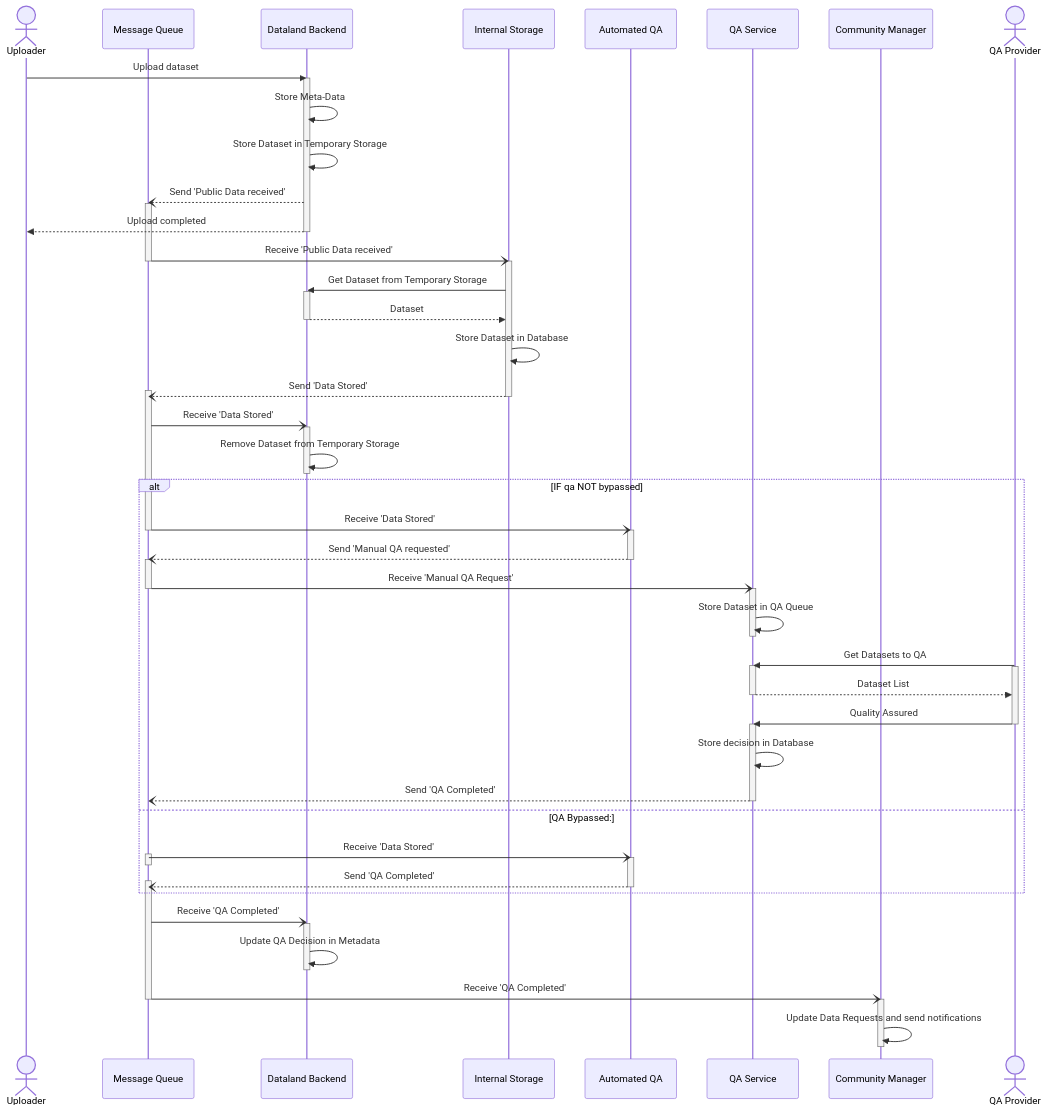
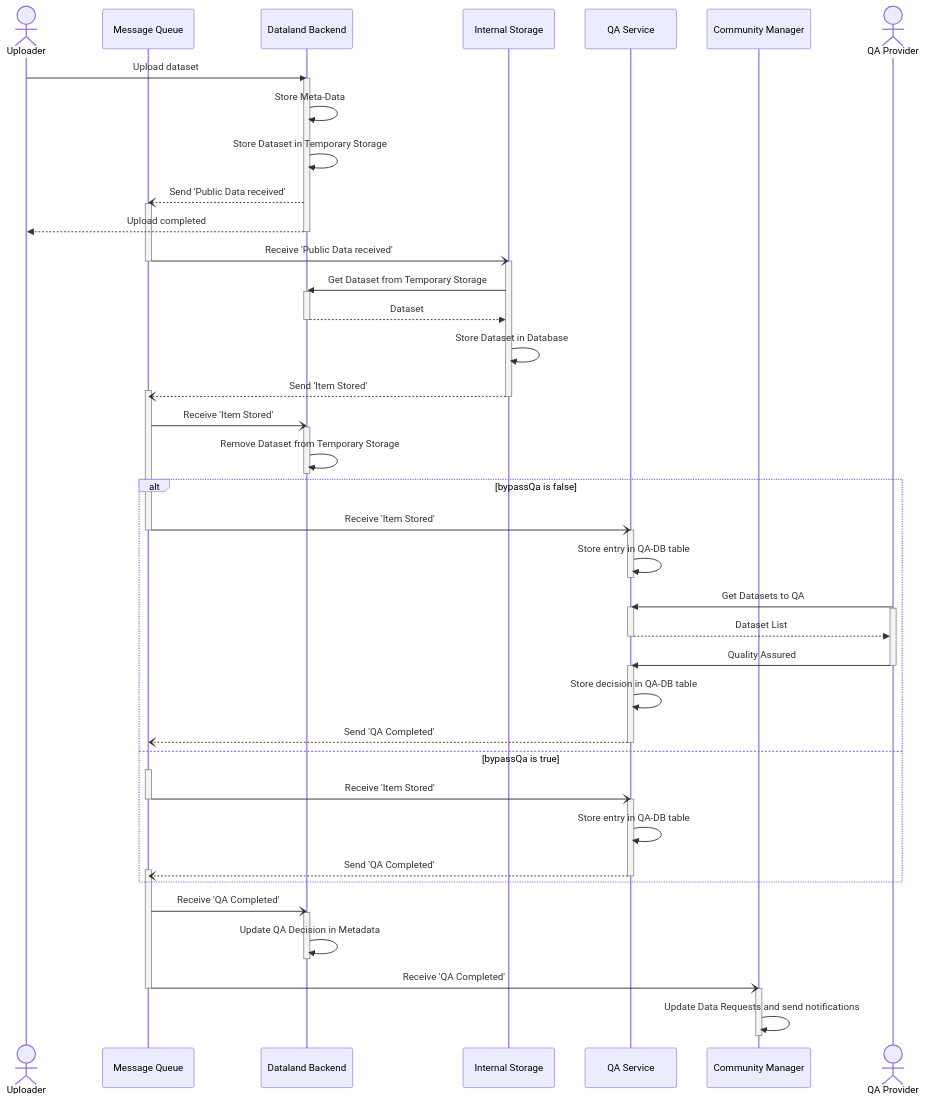
Before and after one commit to d-fine/Dataland: the diagram in documentation/processes/data_upload_and_qa_process.md, drawn with Mermaid. The commit also changed other lines of this file and 22 other files, not shown here.

````diff
--- a/documentation/processes/data_upload_and_qa_process.md
+++ b/documentation/processes/data_upload_and_qa_process.md
@@ -14,7 +14,6 @@
     participant mq as Message Queue
     participant backend as Dataland Backend
     participant storage as Internal Storage
-    participant autoQa as Automated QA
     participant qaService as QA Service
     participant community as Community Manager
     actor qaler as QA Provider
@@ -34,26 +33,19 @@
     backend -->> storage: Dataset
     deactivate backend
     storage ->> storage: Store Dataset in Database
-    storage --) mq: Send 'Data Stored'
+    storage --) mq: Send 'Item Stored'
     activate mq
     deactivate storage
 
-    mq -) backend: Receive 'Data Stored'
+    mq -) backend: Receive 'Item Stored'
     activate backend
     backend ->> backend: Remove Dataset from Temporary Storage
     deactivate backend
-    alt IF qa NOT bypassed
-        mq -) autoQa: Receive 'Data Stored'
-        deactivate mq
-        activate autoQa
-        autoQa --) mq: Send 'Manual QA requested'
-        deactivate autoQa
-        activate mq
-
-        mq -) qaService: Receive 'Manual QA Request'
+    alt bypassQa is false
+        mq -) qaService: Receive 'Item Stored'
         deactivate mq
         activate qaService
-        qaService ->> qaService: Store Dataset in QA Queue
+        qaService ->> qaService: Store entry in QA-DB table
         deactivate qaService
 
         qaler ->> qaService: Get Datasets to QA
@@ -64,20 +56,20 @@
         qaler ->> qaService: Quality Assured
         deactivate qaler
         activate qaService
-        qaService ->> qaService: Store decision in Database
-        
+        qaService ->> qaService: Store decision in QA-DB table
+
         qaService --) mq: Send 'QA Completed'
         deactivate qaService
-        
-    else QA Bypassed:
 
-        mq -) autoQa: Receive 'Data Stored'
+    else bypassQa is true
         activate mq
+        mq -) qaService: Receive 'Item Stored'
         deactivate mq
-        activate autoQa
-        autoQa --) mq: Send 'QA Completed'
+        activate qaService
+        qaService ->> qaService: Store entry in QA-DB table
+        qaService --) mq: Send 'QA Completed'
         activate mq
-        deactivate autoQa
+        deactivate qaService
     end
 
     mq -) backend: Receive 'QA Completed'
@@ -90,5 +82,4 @@
     activate community
     community ->> community: Update Data Requests and send notifications
     deactivate community
-    
 ```
````
